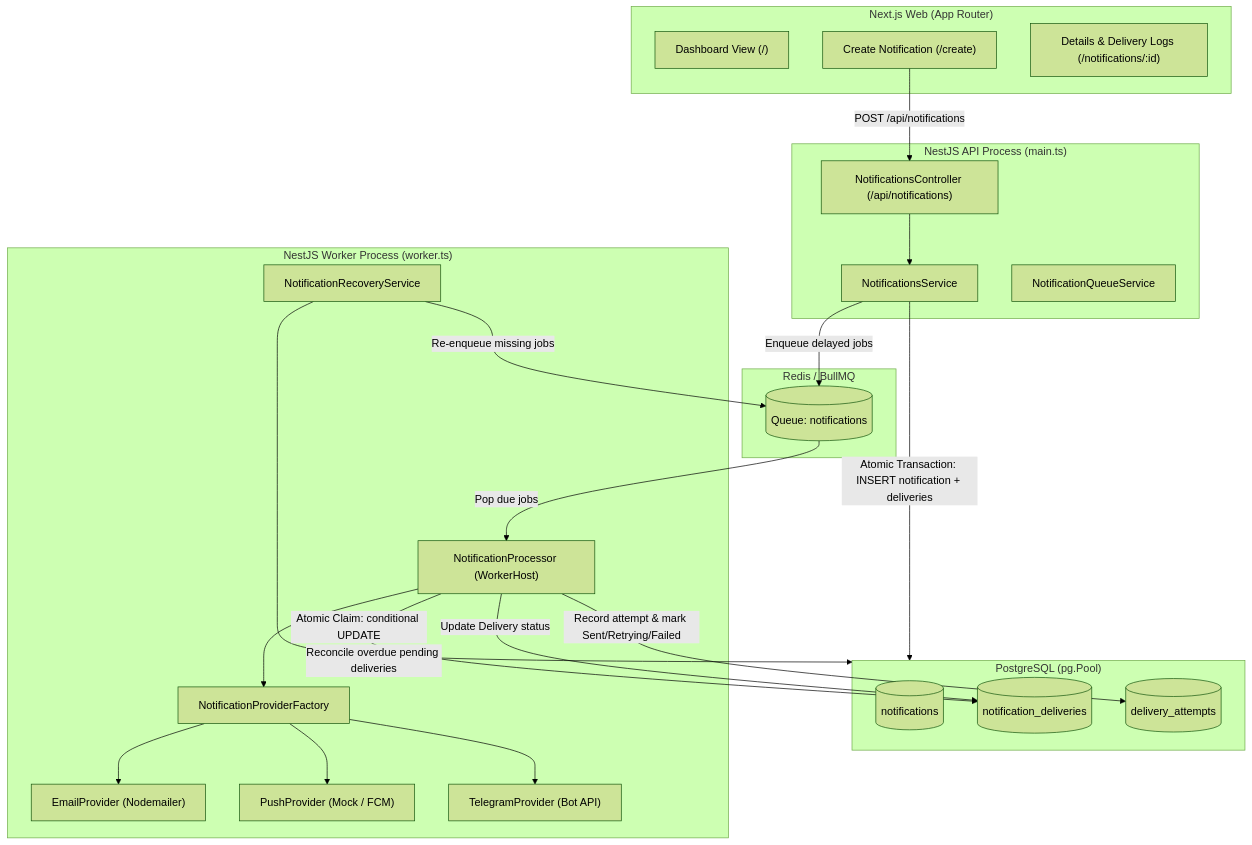
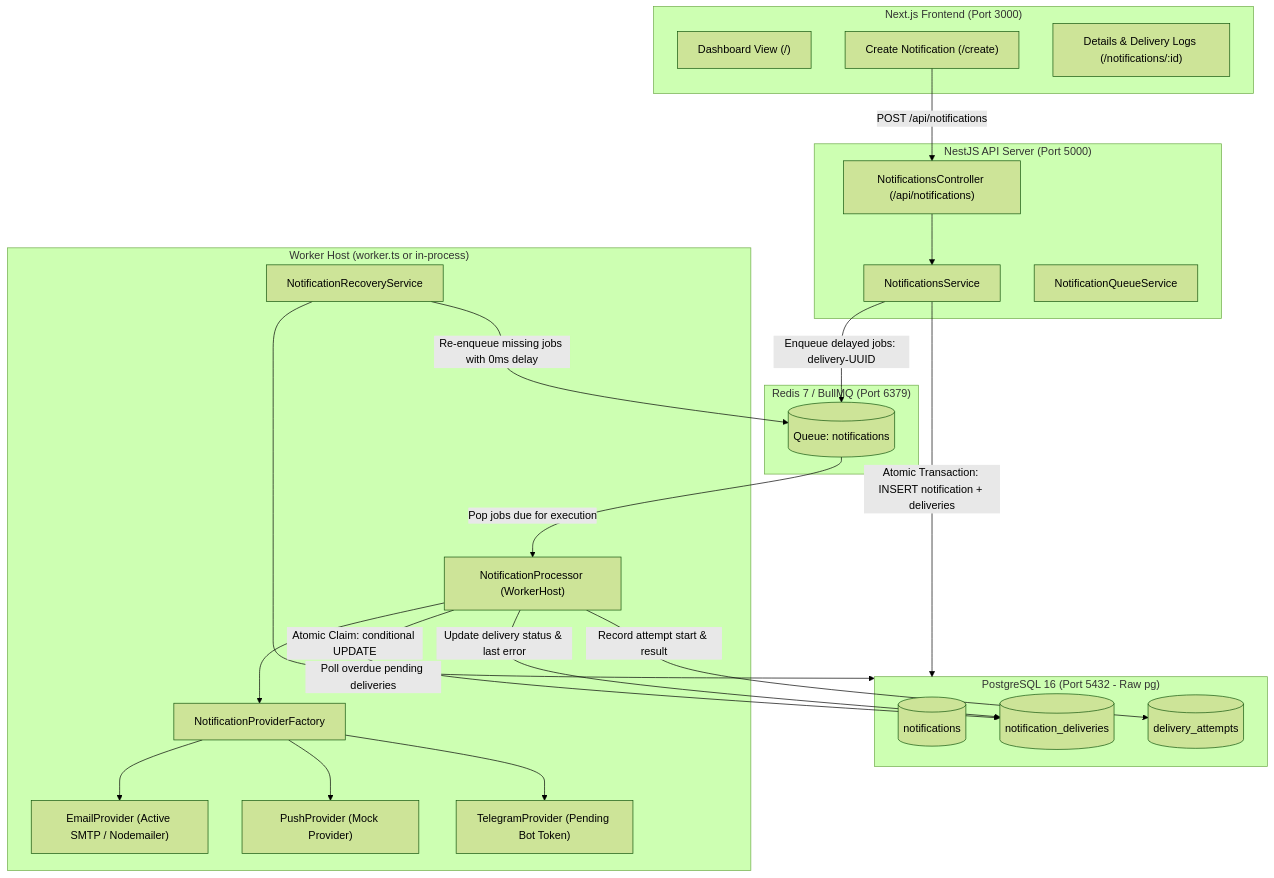
Before and after one commit to sanjaikumarv/notification-service: the diagram in README.md, drawn with Mermaid (forest theme). The commit also changed other lines of this file and 22 other files, not shown here.

````diff
--- a/README.md
+++ b/README.md
@@ -14,50 +21,50 @@
 ```mermaid
 flowchart TD
-    subgraph Frontend ["Next.js Web (App Router)"]
+    subgraph Frontend ["Next.js Frontend (Port 3000)"]
         Dashboard["Dashboard View (/)"]
         CreateForm["Create Notification (/create)"]
         DetailsView["Details & Delivery Logs (/notifications/:id)"]
     end
 
-    subgraph BackendAPI ["NestJS API Process (main.ts)"]
+    subgraph BackendAPI ["NestJS API Server (Port 5000)"]
         Controller["NotificationsController (/api/notifications)"]
         Service["NotificationsService"]
         QueueService["NotificationQueueService"]
     end
 
-    subgraph Database ["PostgreSQL (pg.Pool)"]
+    subgraph Database ["PostgreSQL 16 (Port 5432 - Raw pg)"]
         NotifTable[("notifications")]
         DelivTable[("notification_deliveries")]
         AttemptsTable[("delivery_attempts")]
     end
 
-    subgraph Queue ["Redis / BullMQ"]
+    subgraph Queue ["Redis 7 / BullMQ (Port 6379)"]
         RedisQueue[("Queue: notifications")]
     end
 
-    subgraph WorkerProcess ["NestJS Worker Process (worker.ts)"]
+    subgraph WorkerProcess ["Worker Host (worker.ts or in-process)"]
         Processor["NotificationProcessor (WorkerHost)"]
         Factory["NotificationProviderFactory"]
-        EmailProv["EmailProvider (Nodemailer)"]
-        PushProv["PushProvider (Mock / FCM)"]
-        TgProv["TelegramProvider (Bot API)"]
+        EmailProv["EmailProvider (Active SMTP / Nodemailer)"]
+        PushProv["PushProvider (Mock Provider)"]
+        TgProv["TelegramProvider (Pending Bot Token)"]
         Recovery["NotificationRecoveryService"]
     end
 
     CreateForm -->|POST /api/notifications| Controller
     Controller --> Service
     Service -->|Atomic Transaction: INSERT notification + deliveries| Database
-    Service -->|Enqueue delayed jobs| RedisQueue
+    Service -->|Enqueue delayed jobs: delivery-UUID| RedisQueue
 
-    RedisQueue -->|Pop due jobs| Processor
+    RedisQueue -->|Pop jobs due for execution| Processor
     Processor -->|Atomic Claim: conditional UPDATE| DelivTable
     Processor --> Factory
     Factory --> EmailProv
     Factory --> PushProv
     Factory --> TgProv
-    Processor -->|Record attempt & mark Sent/Retrying/Failed| AttemptsTable
-    Processor -->|Update Delivery status| DelivTable
+    Processor -->|Record attempt start & result| AttemptsTable
+    Processor -->|Update delivery status & last error| DelivTable
 
-    Recovery -->|Reconcile overdue pending deliveries| Database
-    Recovery -->|Re-enqueue missing jobs| RedisQueue
+    Recovery -->|Poll overdue pending deliveries| Database
+    Recovery -->|Re-enqueue missing jobs with 0ms delay| RedisQueue
 ```
````
